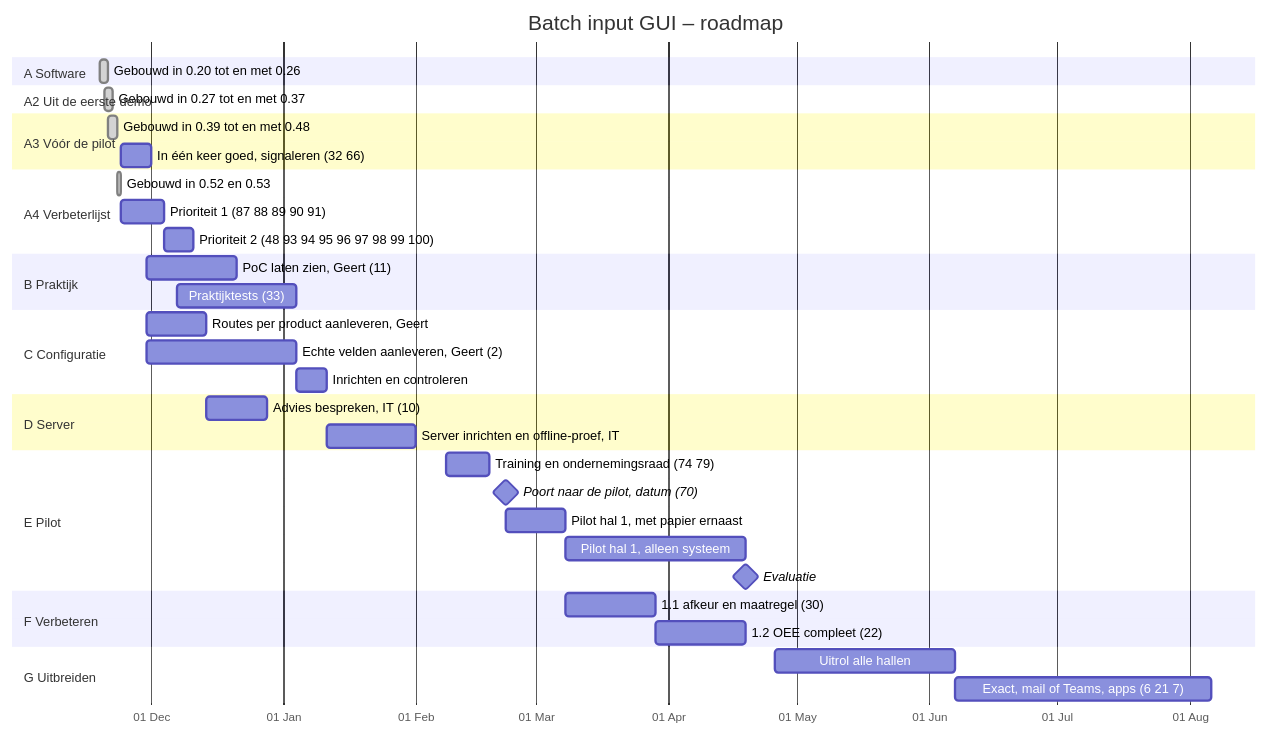
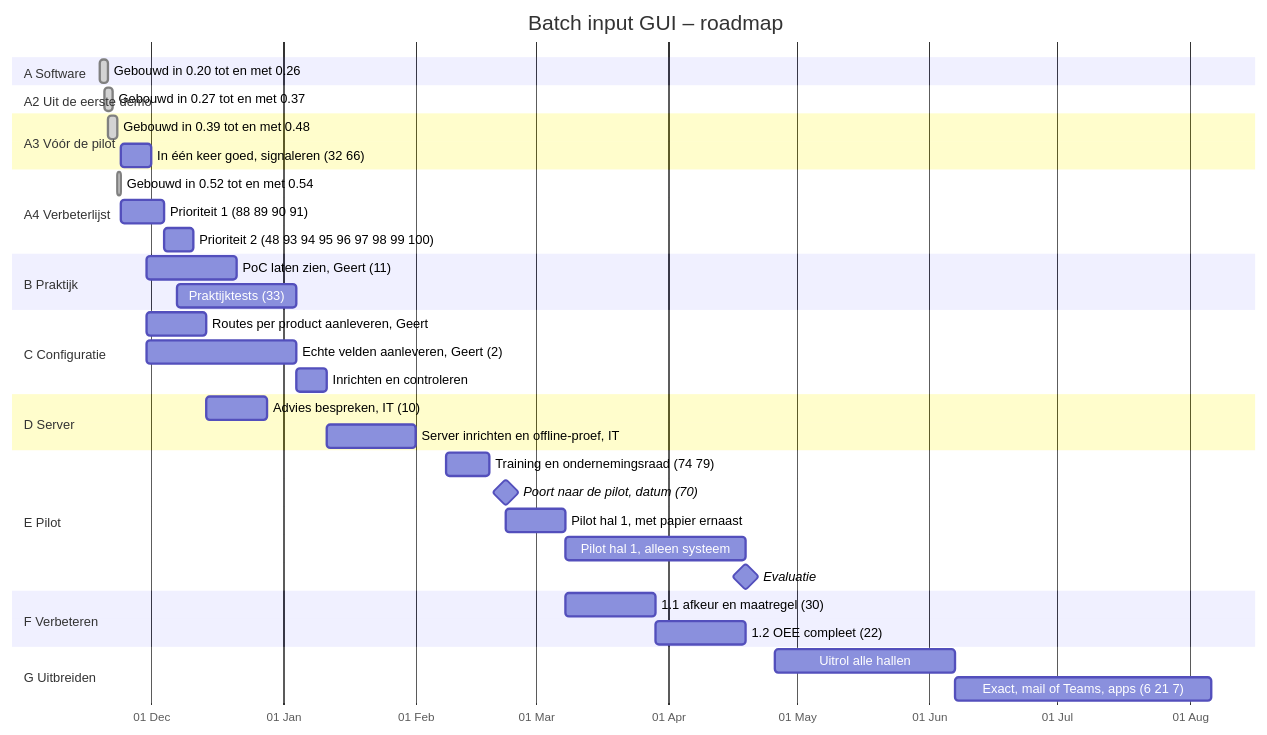
The diagram in ROADMAP.md (Gertjun/Manufacturing-Execution-System), drawn with Mermaid before and after one commit. The commit also changed other lines of this file and 28 other files, not shown here.

````diff
--- a/ROADMAP.md
+++ b/ROADMAP.md
@@ -12,50 +12,50 @@
 ```mermaid
 gantt
     title Batch input GUI – roadmap
     dateFormat YYYY-MM-DD
     axisFormat %d %b
     todayMarker on
 
     section A Software
     Gebouwd in 0.20 tot en met 0.26          :done, a1, 2026-11-19, 2d
 
     section A2 Uit de eerste demo
     Gebouwd in 0.27 tot en met 0.37          :done, a2, 2026-11-20, 2d
 
     section A3 Vóór de pilot
     Gebouwd in 0.39 tot en met 0.48          :done, a3a, 2026-11-21, 2d
     In één keer goed, signaleren (32 66)     :a3b, 2026-11-24, 7d
 
     section A4 Verbeterlijst
-    Gebouwd in 0.52 en 0.53                  :done, a4g, 2026-11-23, 1d
-    Prioriteit 1 (87 88 89 90 91)            :a4a, 2026-11-24, 10d
+    Gebouwd in 0.52 tot en met 0.54          :done, a4g, 2026-11-23, 1d
+    Prioriteit 1 (88 89 90 91)               :a4a, 2026-11-24, 10d
     Prioriteit 2 (48 93 94 95 96 97 98 99 100) :a4b, after a4a, 7d
 
     section B Praktijk
     PoC laten zien, Geert (11)               :b1, 2026-11-30, 21d
     Praktijktests (33)                       :b2, 2026-12-07, 28d
 
     section C Configuratie
     Routes per product aanleveren, Geert     :c0, 2026-11-30, 14d
     Echte velden aanleveren, Geert (2)       :c1, 2026-11-30, 35d
     Inrichten en controleren                 :c2, after c1, 7d
 
     section D Server
     Advies bespreken, IT (10)                :d1, 2026-12-14, 14d
     Server inrichten en offline-proef, IT    :d2, 2027-01-11, 21d
 
     section E Pilot
     Training en ondernemingsraad (74 79)     :e0, 2027-02-08, 10d
     Poort naar de pilot, datum (70)          :milestone, m1, 2027-02-22, 0d
     Pilot hal 1, met papier ernaast          :e1, 2027-02-22, 14d
     Pilot hal 1, alleen systeem              :e2, after e1, 42d
     Evaluatie                                :milestone, m2, 2027-04-19, 0d
 
     section F Verbeteren
     1.1 afkeur en maatregel (30)             :f1, 2027-03-08, 21d
     1.2 OEE compleet (22)                    :f2, after f1, 21d
 
     section G Uitbreiden
     Uitrol alle hallen                       :g1, 2027-04-26, 42d
     Exact, mail of Teams, apps (6 21 7)      :g2, 2027-06-07, 60d
 ```
````
